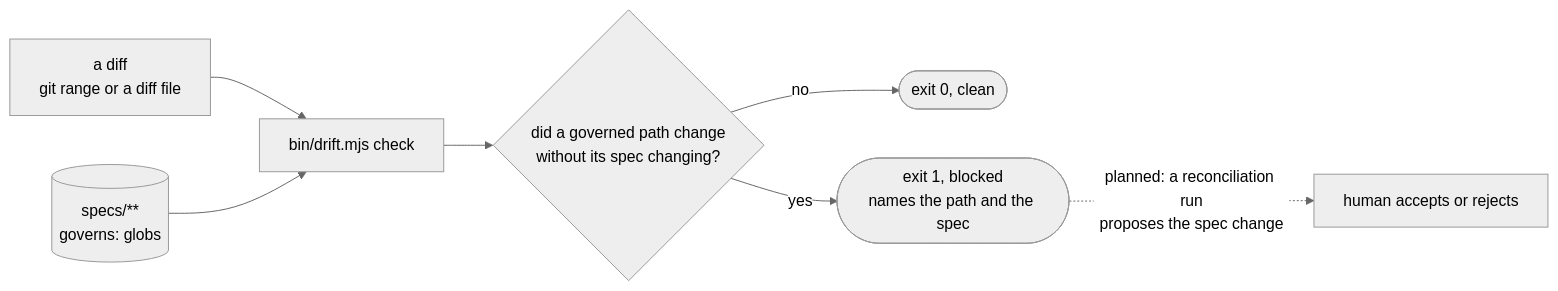
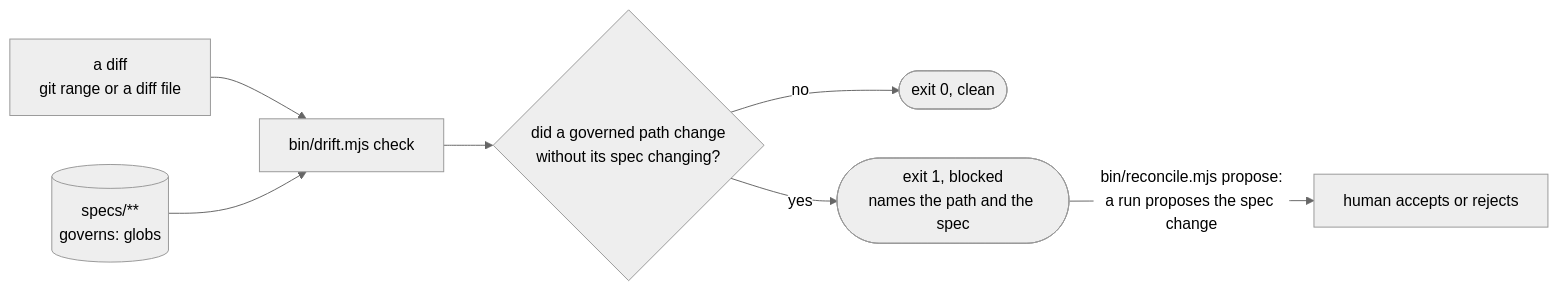
Diagram 11 of 14 in README.md (clive5exe/Caretaker), drawn with Mermaid (neutral theme) before and after one commit. The commit also changed other lines of this file and 6 other files, not shown here.

````diff
--- a/README.md
+++ b/README.md
@@ -622,9 +621,9 @@
 ```mermaid
 flowchart LR
   DIFF["a diff<br/>git range or a diff file"] --> DR[bin/drift.mjs check]
   SPECS[(specs/**<br/>governs: globs)] --> DR
   DR --> Q{did a governed path change<br/>without its spec changing?}
   Q -- no --> CLEAN([exit 0, clean])
   Q -- yes --> BLK([exit 1, blocked<br/>names the path and the spec])
-  BLK -. "planned: a reconciliation run<br/>proposes the spec change" .-> H5[human accepts or rejects]
+  BLK -- "bin/reconcile.mjs propose:<br/>a run proposes the spec change" --> H5[human accepts or rejects]
 ```
````
